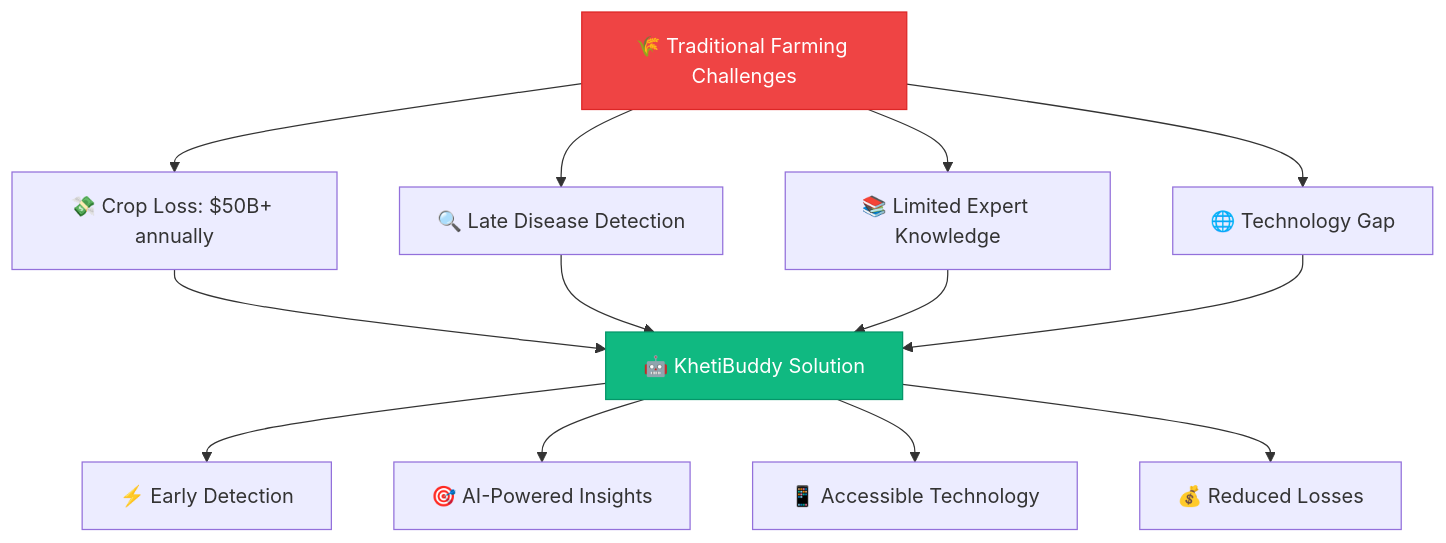
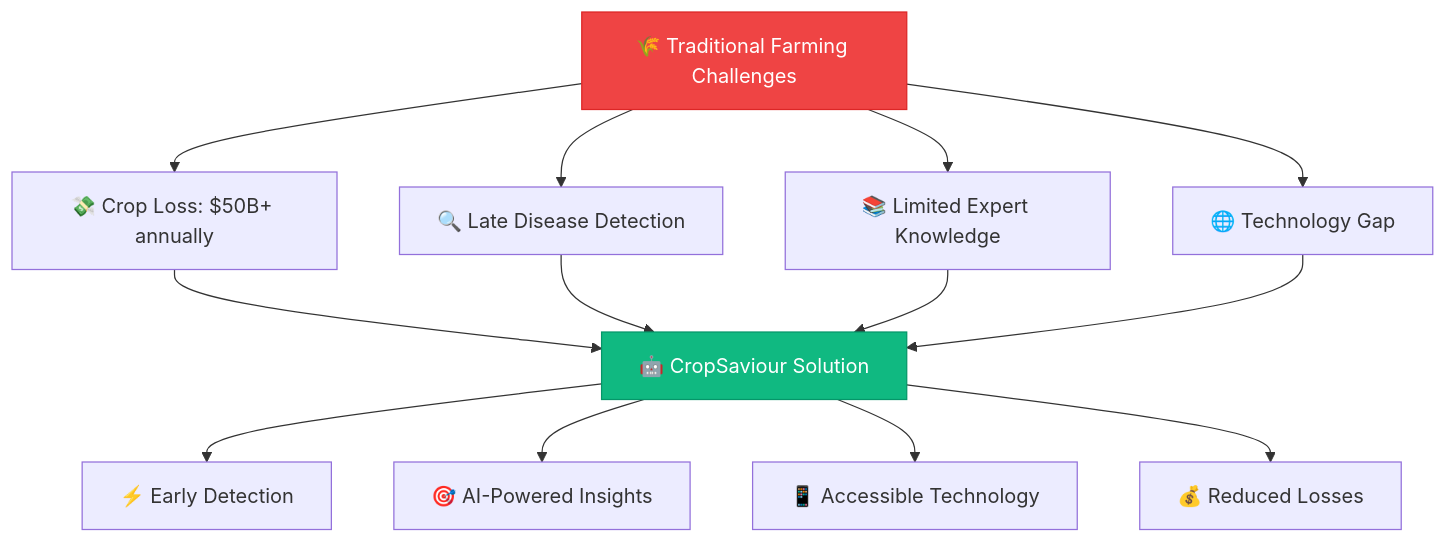
Before and after one commit to himaxx/KhetiBuddy: the first of 2 diagrams in README.md, drawn with Mermaid. The commit also changed other lines of this file and 8 other files, not shown here.

First line of the commit message:
chore: rebrand project to CropSaviour

````diff
--- a/README.md
+++ b/README.md
@@ -143,20 +143,20 @@
 ```mermaid
 graph TD
     A[🌾 Traditional Farming Challenges] --> B[💸 Crop Loss: $50B+ annually]
     A --> C[🔍 Late Disease Detection]
     A --> D[📚 Limited Expert Knowledge]
     A --> E[🌐 Technology Gap]
     
-    F[🤖 KhetiBuddy Solution] --> G[⚡ Early Detection]
+    F[🤖 CropSaviour Solution] --> G[⚡ Early Detection]
     F --> H[🎯 AI-Powered Insights]
     F --> I[📱 Accessible Technology]
     F --> J[💰 Reduced Losses]
     
     B --> F
     C --> F
     D --> F
     E --> F
     
     style F fill:#10b981,stroke:#059669,color:#fff
     style A fill:#ef4444,stroke:#dc2626,color:#fff
 ```
````
